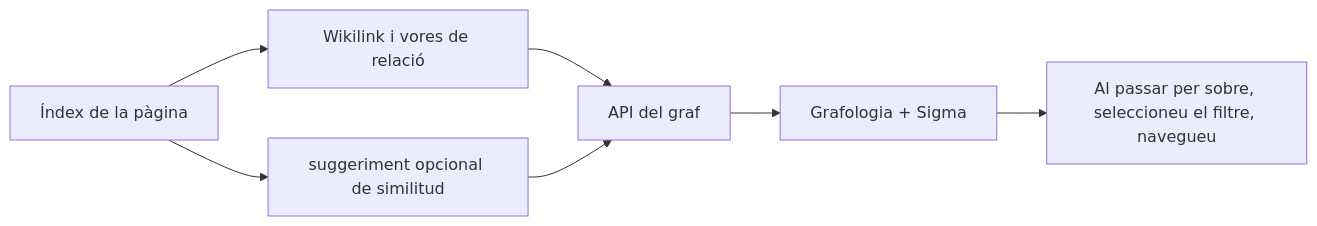
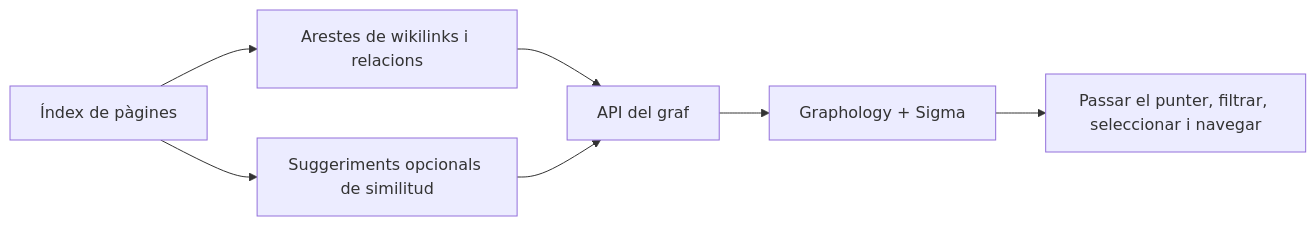
One commit to ismigar/Gnosi changed the diagram in docs/engineering-ca/domains/knowledge-graph.md. Above: the diagram before and after it, drawn with Mermaid. The commit also changed other lines of this file and 96 other files, not shown here.

````diff
--- a/docs/engineering-ca/domains/knowledge-graph.md
+++ b/docs/engineering-ca/domains/knowledge-graph.md
@@ -62,9 +79,9 @@
 ```mermaid
 flowchart LR
-    Index["Índex de la pàgina"] --> Explicit["Wikilink i vores de relació"]
-    Index --> Semantic["suggeriment opcional de similitud"]
+    Index["Índex de pàgines"] --> Explicit["Arestes de wikilinks i relacions"]
+    Index --> Semantic["Suggeriments opcionals de similitud"]
     Explicit --> API["API del graf"]
     Semantic --> API
-    API --> Sigma["Grafologia + Sigma"]
-    Sigma --> Interaction["Al passar per sobre, seleccioneu el filtre, navegueu"]
+    API --> Sigma["Graphology + Sigma"]
+    Sigma --> Interaction["Passar el punter, filtrar, seleccionar i navegar"]
 ```
````
